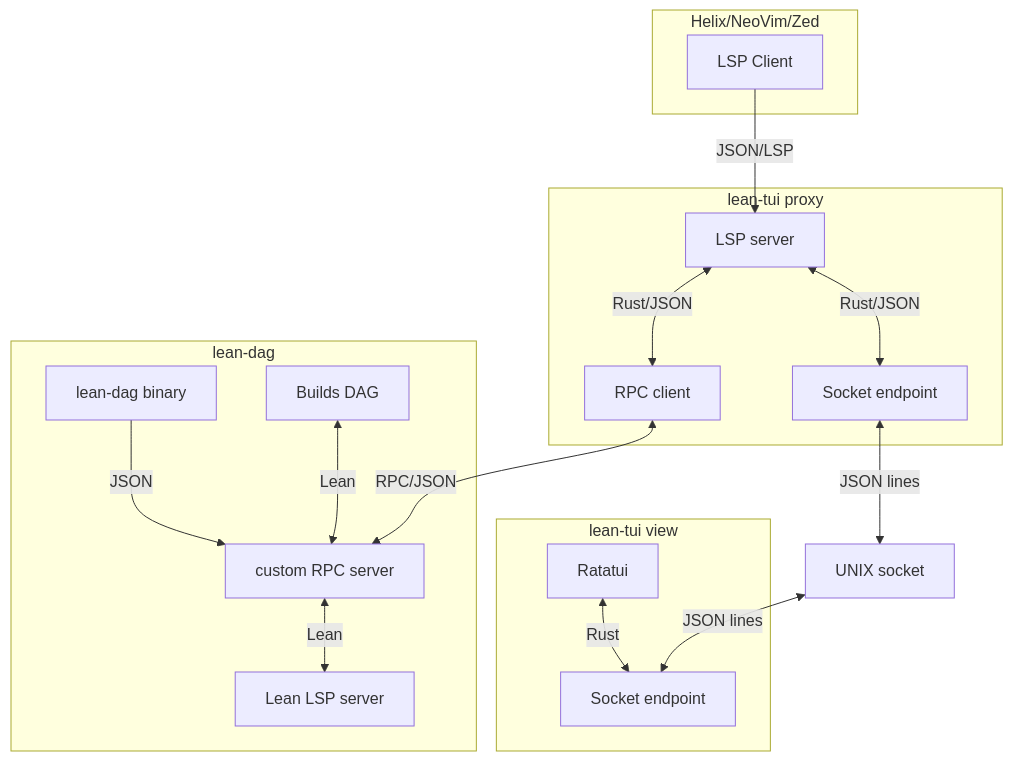
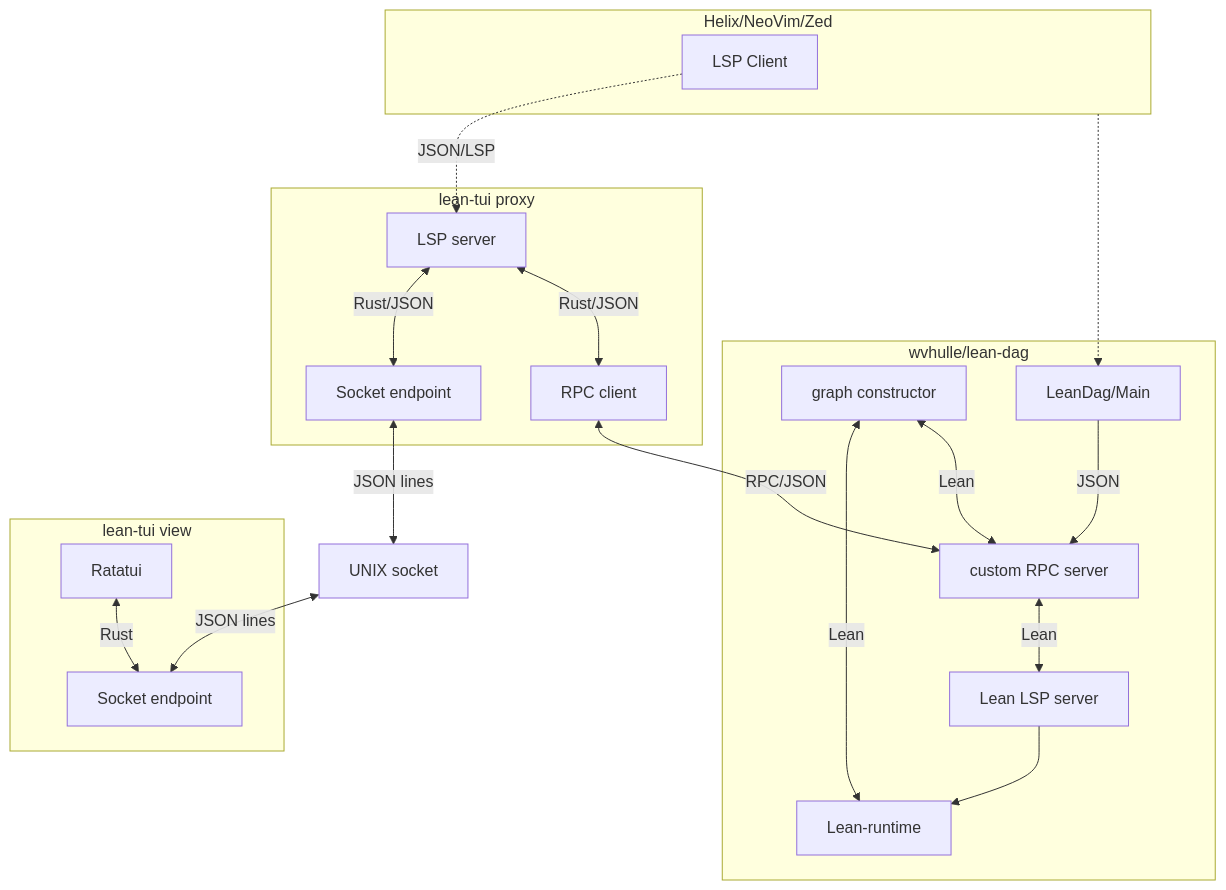
The diagram in README.md (shnarazk/lean-tui), drawn with Mermaid before and after one commit. The commit also changed 2 other files, not shown here.

Commit message:
docs: correct node descriptions in diagram

````diff
--- a/README.md
+++ b/README.md
@@ -152,50 +152,58 @@
 ```mermaid
 flowchart TD
-    subgraph LSP-proxy[lean-dag]
+    subgraph LSP-proxy[wvhulle/lean-dag]
 
-        LeanDag[Builds DAG]
+        lean-runtime[Lean-runtime]
+        LeanDag[graph constructor]
+
+        LeanDag <-->|Lean| lean-runtime
+
         custom-rpc-server[custom RPC server]
         original-lean-lsp[Lean LSP server]
-        lean-dag[lean-dag binary]
 
+        
+
+        lean-dag[LeanDag/Main]
+        original-lean-lsp --> lean-runtime
 
         lean-dag -->|JSON| custom-rpc-server 
         LeanDag <-->|Lean| custom-rpc-server
         custom-rpc-server <-->|Lean| original-lean-lsp
     end
 
     subgraph proxy["lean-tui proxy"]
         
         proxy-rpc-client[RPC client]
         proxy-lsp-server[LSP server]
         proxy-socket[Socket endpoint]
         proxy-lsp-server <-->|Rust/JSON| proxy-socket
         proxy-lsp-server <-->|Rust/JSON| proxy-rpc-client
         proxy-rpc-client <-->|RPC/JSON| custom-rpc-server
     end
 
     
 
     
         subgraph TUI[lean-tui view]
             tui-socket[Socket endpoint]
 
 
             Ratatui
 
             Ratatui <-->|Rust| tui-socket
         end
         
         json-socket[UNIX socket]
 
         subgraph Editor[Helix/NeoVim/Zed]
             editor-lsp-client[LSP Client]
         end
 
 
         proxy-socket <-->|JSON lines| json-socket <-->|JSON lines| tui-socket
 
-        editor-lsp-client -->|JSON/LSP| proxy-lsp-server
+        editor-lsp-client -.->|JSON/LSP| proxy-lsp-server
         
+        Editor -.-> lean-dag
    
 ```
````
